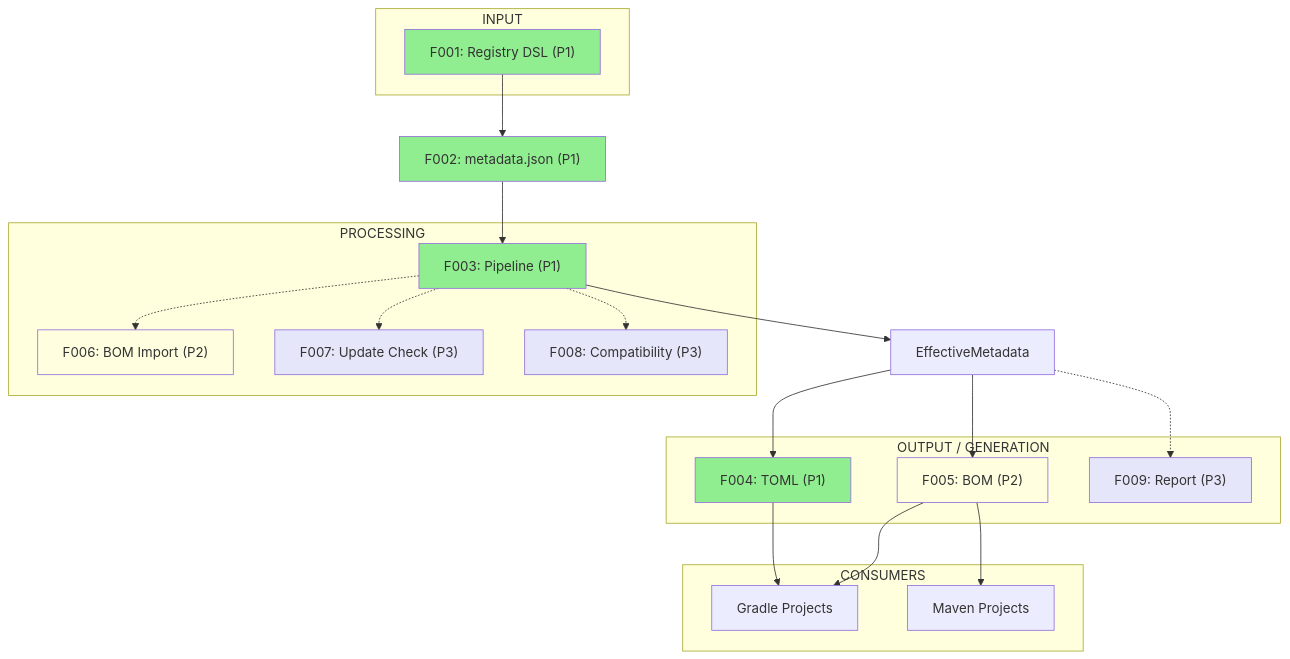
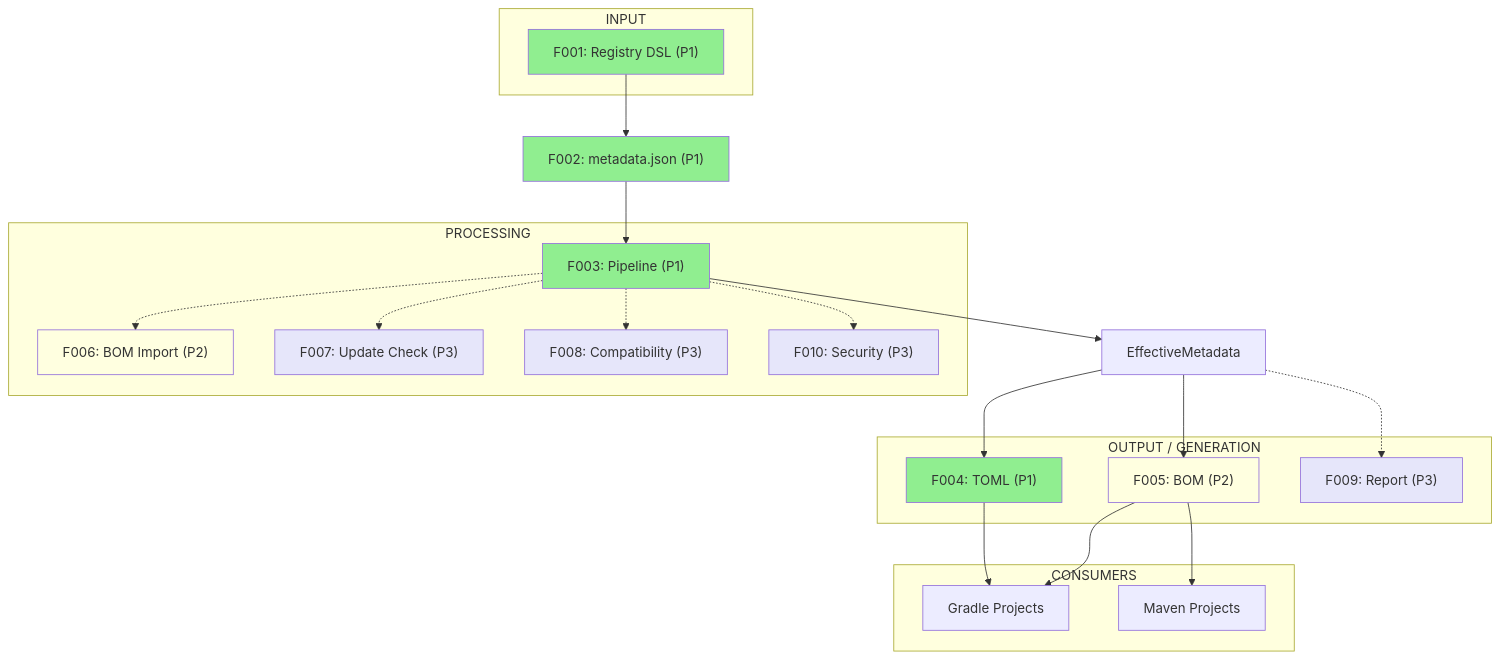
Before and after one commit to zenhelix/dependanger: the first of 2 diagrams in docs/02-features/index.adoc, drawn with Mermaid. The commit also changed other lines of this file and 4 other files, not shown here.

```diff
--- a/docs/02-features/index.adoc
+++ b/docs/02-features/index.adoc
@@ -16,51 +16,54 @@
 [mermaid,target=architecture-flow,format=svg]
 ----
 flowchart TD
     subgraph Inputs["INPUT"]
         F001["F001: Registry DSL (P1)"]
     end
 
     F001 --> F002["F002: metadata.json (P1)"]
 
     subgraph Processing["PROCESSING"]
         F003["F003: Pipeline (P1)"]
         F006["F006: BOM Import (P2)"]
         F007["F007: Update Check (P3)"]
         F008["F008: Compatibility (P3)"]
+        F010["F010: Security (P3)"]
     end
 
     F002 --> F003
     F003 -.-> F006
     F003 -.-> F007
     F003 -.-> F008
+    F003 -.-> F010
     F003 --> EM["EffectiveMetadata"]
 
     subgraph Output["OUTPUT / GENERATION"]
         F004["F004: TOML (P1)"]
         F005["F005: BOM (P2)"]
         F009["F009: Report (P3)"]
     end
 
     EM --> F004
     EM --> F005
     EM -.-> F009
 
     subgraph Consumers["CONSUMERS"]
         Gradle["Gradle Projects"]
         Maven["Maven Projects"]
     end
 
     F004 --> Gradle
     F005 --> Maven
     F005 --> Gradle
 
     style F001 fill:#90EE90
     style F002 fill:#90EE90
     style F003 fill:#90EE90
     style F004 fill:#90EE90
     style F005 fill:#FFFFE0
     style F006 fill:#FFFFE0
     style F007 fill:#E6E6FA
     style F008 fill:#E6E6FA
     style F009 fill:#E6E6FA
+    style F010 fill:#E6E6FA
 ----
```
